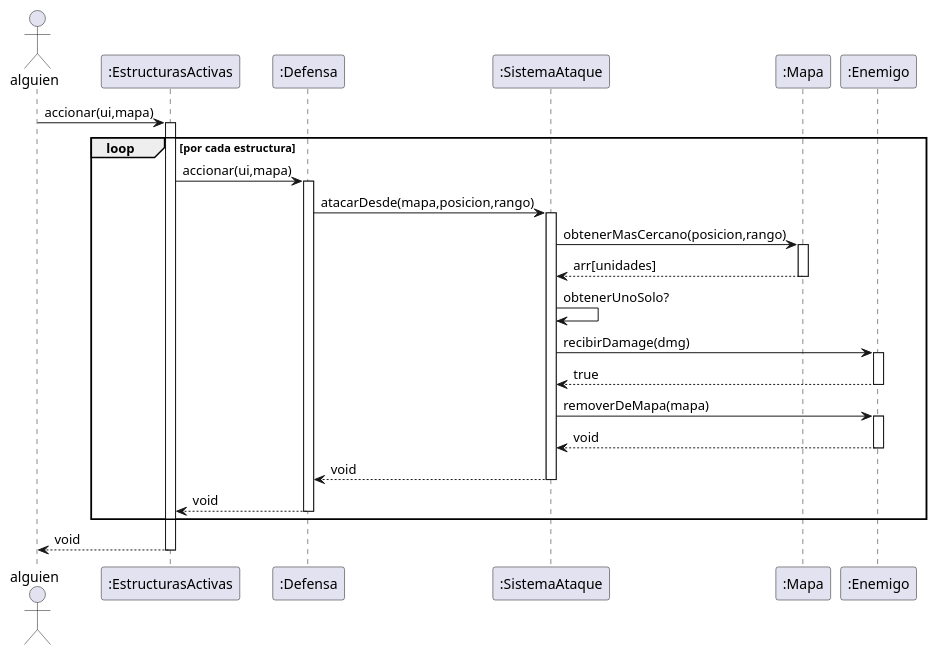
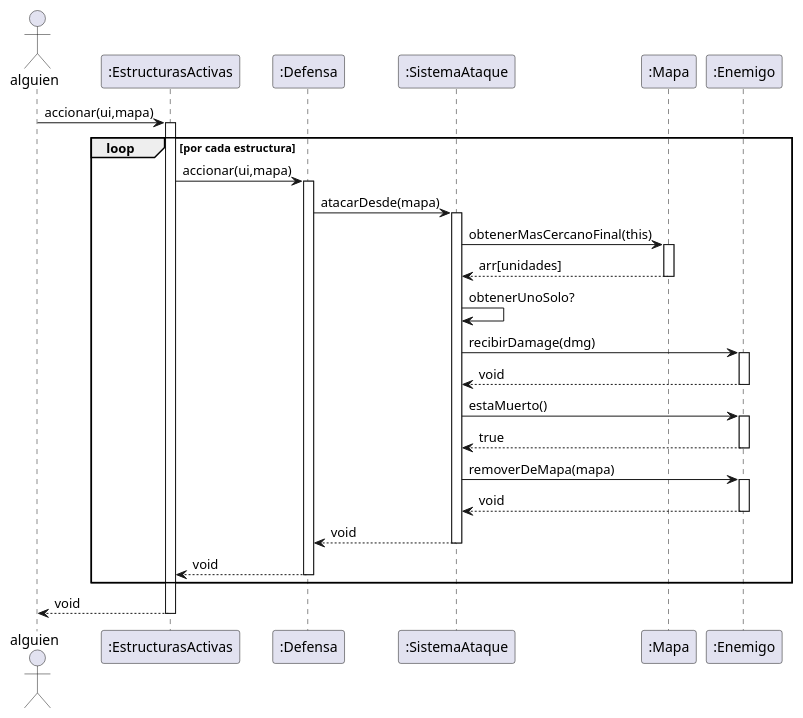
Before and after one commit to MarceloAgustinOrigoniGuillaume/Algo3_TP2_1C2023: the diagram in diagrams/sequences/propuestasMarcelo/defensas/ideaAtaqueEnemigo.puml, drawn with PlantUML. The commit also changed 10 other files, not shown here.

```diff
--- a/diagrams/sequences/propuestasMarcelo/defensas/ideaAtaqueEnemigo.puml
+++ b/diagrams/sequences/propuestasMarcelo/defensas/ideaAtaqueEnemigo.puml
@@ -1,51 +1,57 @@
 @startuml
 
 Actor alguien as sis
 participant ":EstructurasActivas" as estr
 participant ":Defensa" as defe
 participant ":SistemaAtaque" as atk
 participant ":Mapa" as mapa
 participant ":Enemigo" as enemy
 
 
 sis->estr: accionar(ui,mapa)
 activate estr
 
 loop por cada estructura
 
 estr->defe : accionar(ui,mapa)
 activate defe
 
-defe->atk : atacarDesde(mapa,posicion,rango)
+defe->atk : atacarDesde(mapa)
 activate atk
-atk->mapa: obtenerMasCercano(posicion,rango)
+atk->mapa: obtenerMasCercanoFinal(this)
 activate mapa
 mapa-->atk: arr[unidades]
 deactivate mapa
 
 atk->atk: obtenerUnoSolo?
 
 atk->enemy: recibirDamage(dmg)
+activate enemy
+enemy-->atk: void
+deactivate enemy
+
+
+atk->enemy: estaMuerto()
 activate enemy
 enemy-->atk: true
 deactivate enemy
 
 atk->enemy: removerDeMapa(mapa)
 activate enemy
 enemy-->atk: void
 deactivate enemy
 
 atk-->defe: void
 deactivate atk
 
 defe-->estr : void
 deactivate defe
 
 end
 
 
 estr-->sis: void
 deactivate estr
 
 
 @enduml
```
